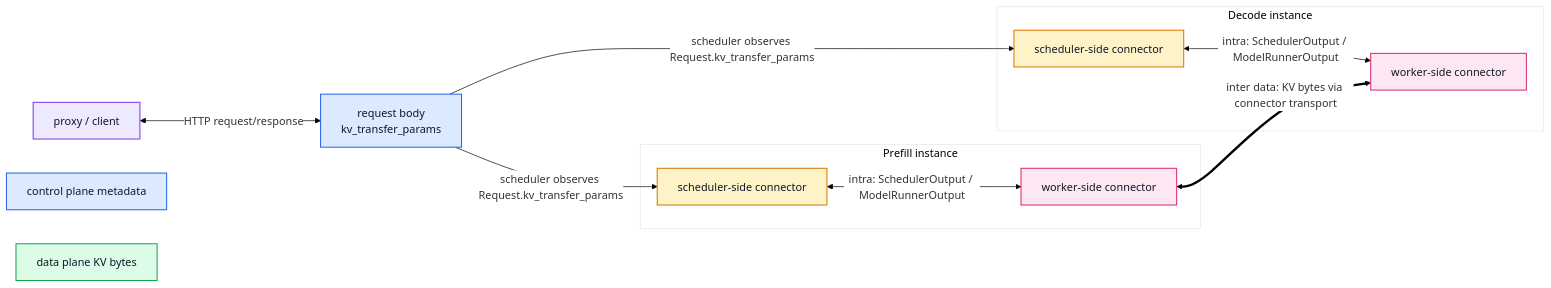
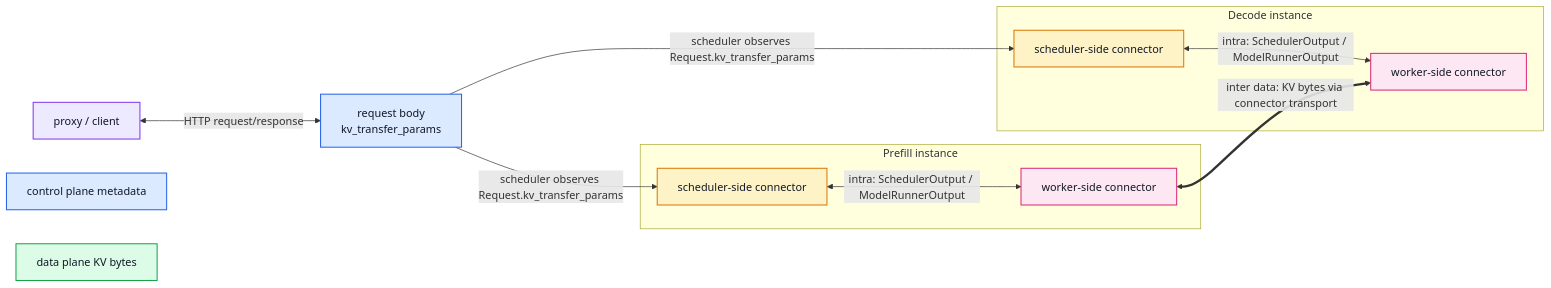
One commit to bobsiunn/vllm-study changed the fourth of 8 diagrams in docs/study/v1_kvconnector_disaggregation_analysis_ko.md. Above: the diagram before and after it, drawn with Mermaid. The commit also changed other lines of this file, not shown here.

````diff
--- a/docs/study/v1_kvconnector_disaggregation_analysis_ko.md
+++ b/docs/study/v1_kvconnector_disaggregation_analysis_ko.md
@@ -360,31 +476,30 @@
 ```mermaid
-%%{init: {"theme": "base", "themeVariables": {"background": "#ffffff", "primaryColor": "#ffffff", "fontFamily": "Inter, Arial"}} }%%
 flowchart LR
     classDef scheduler fill:#FEF3C7,stroke:#D97706,color:#111827,stroke-width:1.5px
     classDef worker fill:#FCE7F3,stroke:#DB2777,color:#111827,stroke-width:1.5px
     classDef control fill:#DBEAFE,stroke:#2563EB,color:#111827,stroke-width:1.5px
     classDef data fill:#DCFCE7,stroke:#16A34A,color:#111827,stroke-width:1.5px
     classDef proxy fill:#EDE9FE,stroke:#7C3AED,color:#111827,stroke-width:1.5px
 
     subgraph P["Prefill instance"]
         Ps["scheduler-side connector"]:::scheduler
         Pw["worker-side connector"]:::worker
         Ps <-->|"intra: SchedulerOutput / ModelRunnerOutput"| Pw
     end
 
     subgraph D["Decode instance"]
         Ds["scheduler-side connector"]:::scheduler
         Dw["worker-side connector"]:::worker
         Ds <-->|"intra: SchedulerOutput / ModelRunnerOutput"| Dw
     end
 
     Px["proxy / client"]:::proxy
     Rp["request body<br/>kv_transfer_params"]:::control
     Px <-->|"HTTP request/response"| Rp
     Rp -->|"scheduler observes Request.kv_transfer_params"| Ps
     Rp -->|"scheduler observes Request.kv_transfer_params"| Ds
     Pw <==>|"inter data: KV bytes via connector transport"| Dw
 
     L1["control plane metadata"]:::control
     L2["data plane KV bytes"]:::data
 ```
````
